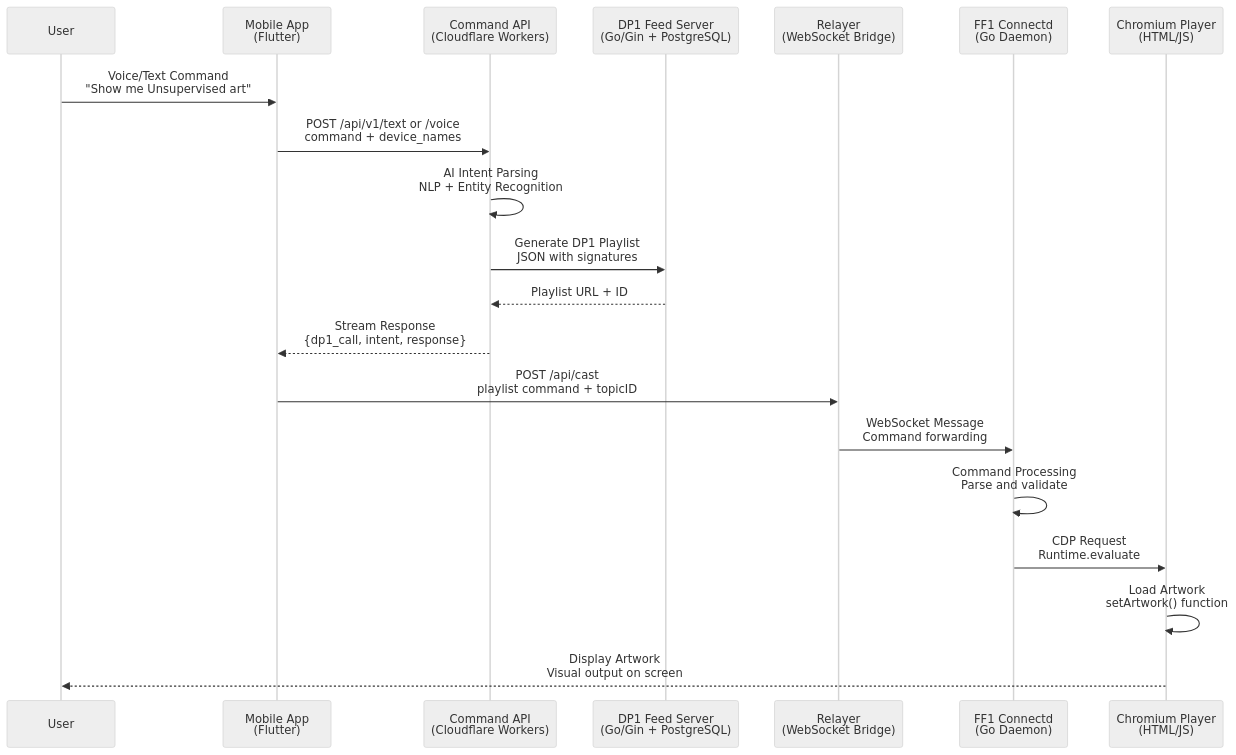
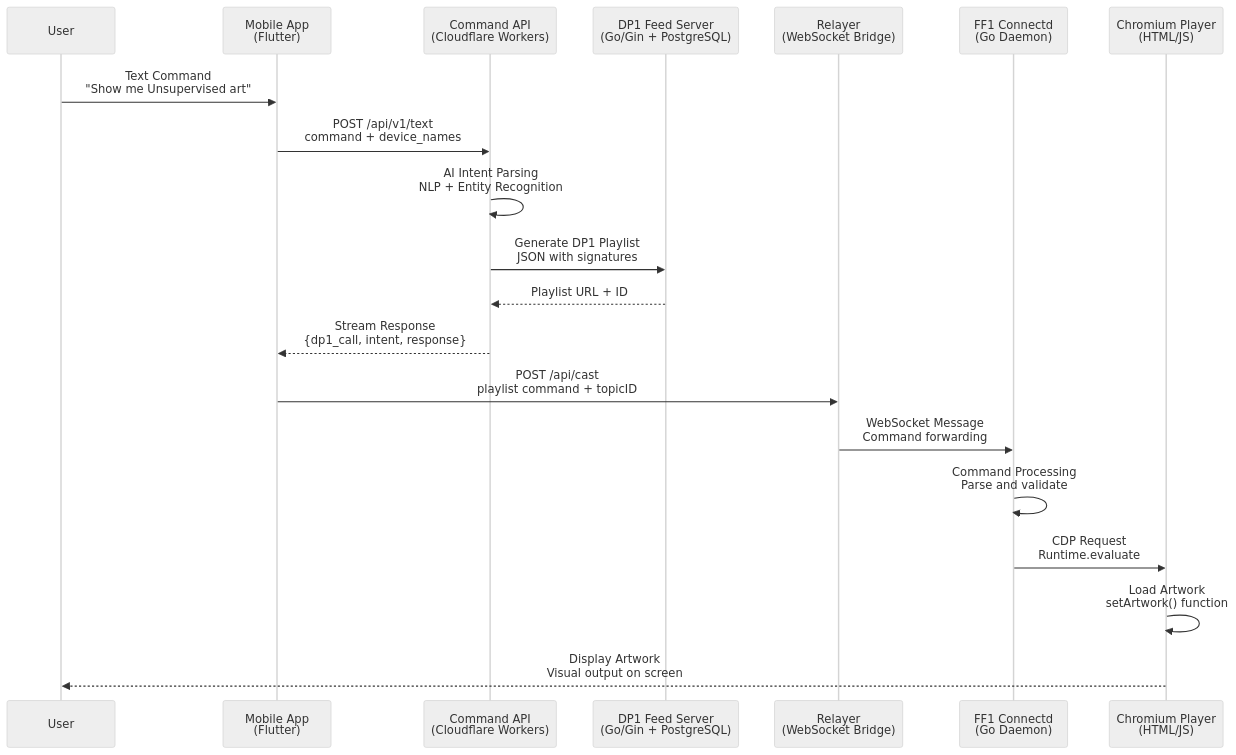
One commit to feral-file/docs changed the diagram in docs/art-computer/how-it-works/display.md. Above: the diagram before and after it, drawn with Mermaid (neutral theme). The commit also changed other lines of this file, not shown here.

First line of the commit message:
display: remove voice-command flow (feature removed from app)

````diff
--- a/docs/art-computer/how-it-works/display.md
+++ b/docs/art-computer/how-it-works/display.md
@@ -27,27 +27,27 @@
 ```mermaid
 sequenceDiagram
     participant User
     participant Mobile as Mobile App<br/>(Flutter)
     participant CommandAPI as Command API<br/>(Cloudflare Workers)
     participant DP1Feed as DP1 Feed Server<br/>(Go/Gin + PostgreSQL)
     participant Relayer as Relayer<br/>(WebSocket Bridge)
     participant Connectd as FF1 Connectd<br/>(Go Daemon)
     participant Player as Chromium Player<br/>(HTML/JS)
 
-    User->>Mobile: Voice/Text Command<br/>"Show me Unsupervised art"
+    User->>Mobile: Text Command<br/>"Show me Unsupervised art"
     
-    Mobile->>CommandAPI: POST /api/v1/text or /voice<br/>command + device_names
+    Mobile->>CommandAPI: POST /api/v1/text<br/>command + device_names
     CommandAPI->>CommandAPI: AI Intent Parsing<br/>NLP + Entity Recognition
     CommandAPI->>DP1Feed: Generate DP1 Playlist<br/>JSON with signatures
     DP1Feed-->>CommandAPI: Playlist URL + ID
     CommandAPI-->>Mobile: Stream Response<br/>{dp1_call, intent, response}
     
     Mobile->>Relayer: POST /api/cast<br/>playlist command + topicID
     Relayer->>Connectd: WebSocket Message<br/>Command forwarding
     
     Connectd->>Connectd: Command Processing<br/>Parse and validate
     Connectd->>Player: CDP Request<br/>Runtime.evaluate
     Player->>Player: Load Artwork<br/>setArtwork() function
     
     Player-->>User: Display Artwork<br/>Visual output on screen
 ```
````
